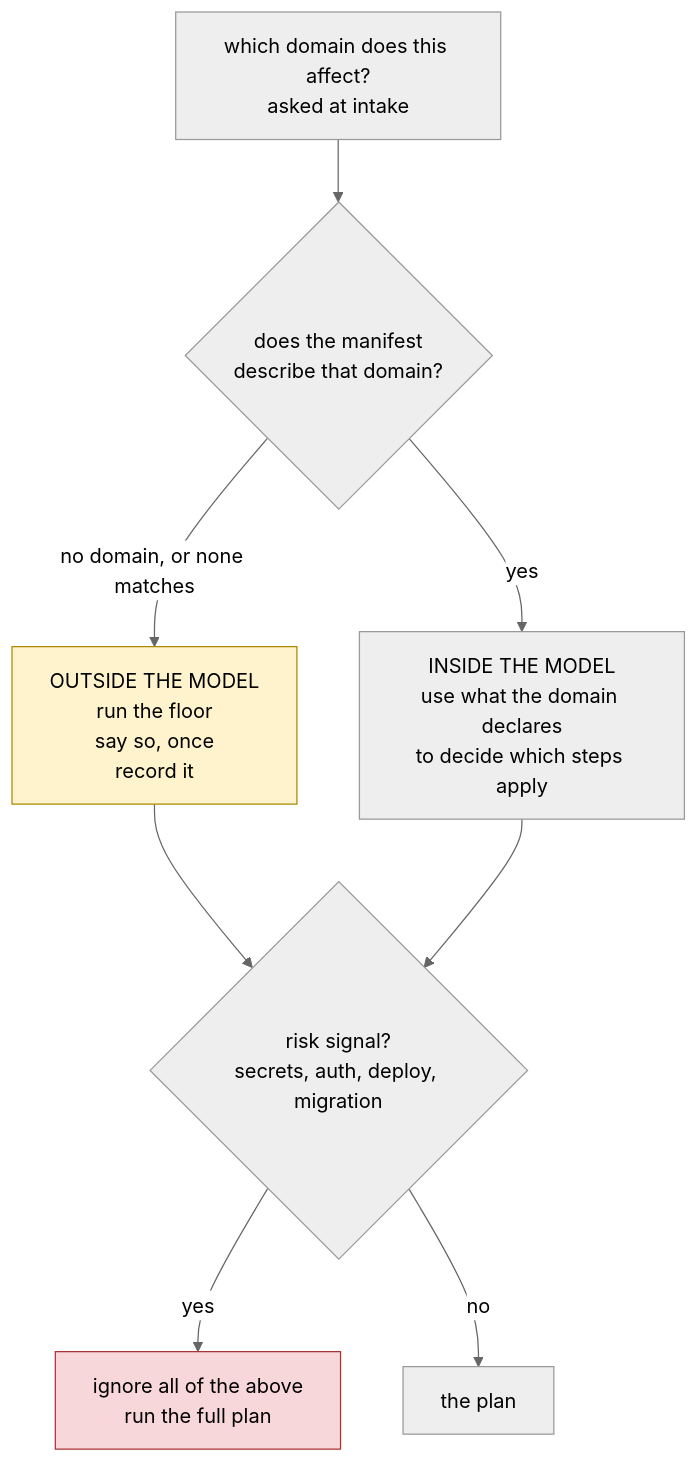
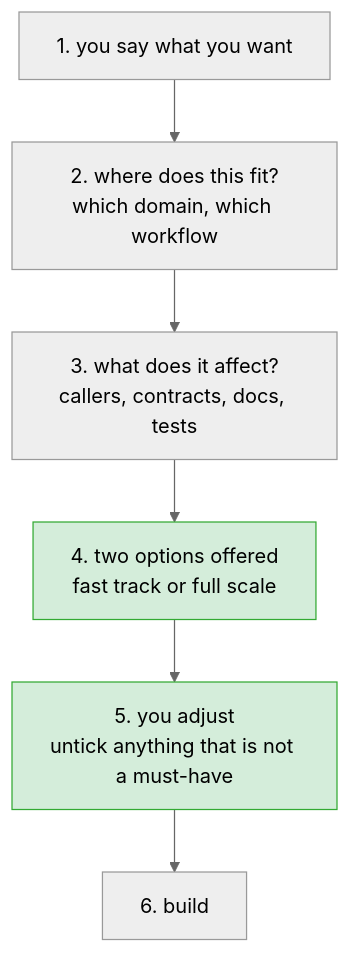
Before and after one commit to Prasad-Apparaju/hitl-dev-platform: the diagram in docs/design/right-sizing/01-design.md, drawn with Mermaid (neutral theme). The commit also changed other lines of this file, not shown here.

First line of the commit message:
design(right-sizing): rewrite to the flow pappar asked for

````diff
--- a/docs/design/right-sizing/01-design.md
+++ b/docs/design/right-sizing/01-design.md
@@ -11,14 +7,10 @@
 ```mermaid
 flowchart TB
-  A["which domain does this affect?<br>asked at intake"] --> B{"does the manifest<br>describe that domain?"}
-  B -->|"no domain, or none matches"| C["OUTSIDE THE MODEL<br>run the floor<br>say so, once<br>record it"]
-  B -->|"yes"| D["INSIDE THE MODEL<br>use what the domain declares<br>to decide which steps apply"]
-  C --> E{"risk signal?<br>secrets, auth, deploy, migration"}
-  D --> E
-  E -->|"yes"| F["ignore all of the above<br>run the full plan"]
-  E -->|"no"| G["the plan"]
-  classDef out fill:#fff3cd,stroke:#a80
-  classDef risk fill:#f8d7da,stroke:#a33
-  class C out
-  class F risk
+  A["1. you say what you want"] --> B["2. where does this fit?<br>which domain, which workflow"]
+  B --> C["3. what does it affect?<br>callers, contracts, docs, tests"]
+  C --> D["4. two options offered<br>fast track or full scale"]
+  D --> E["5. you adjust<br>untick anything that is not a must-have"]
+  E --> F["6. build"]
+  classDef pick fill:#d4edda,stroke:#3a3
+  class D,E pick
 ```
````
